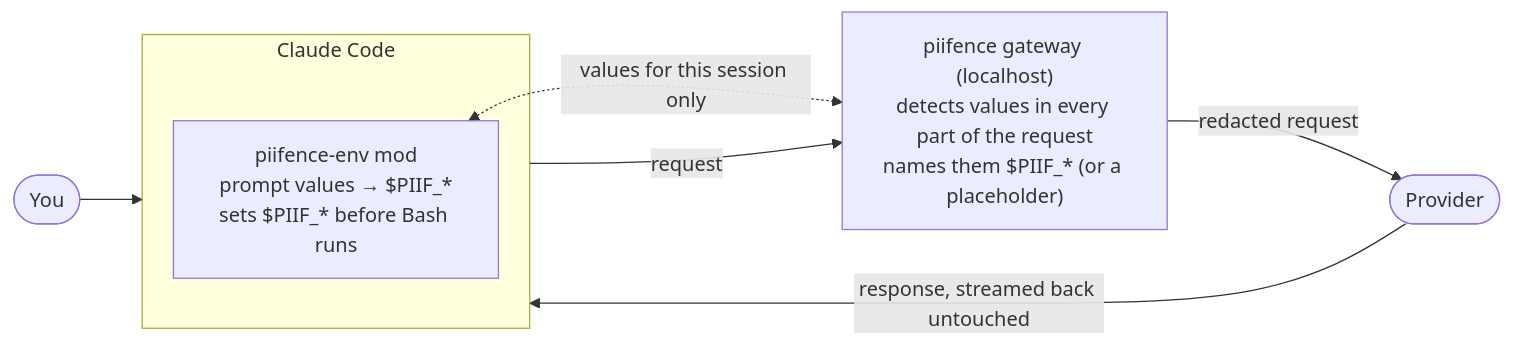
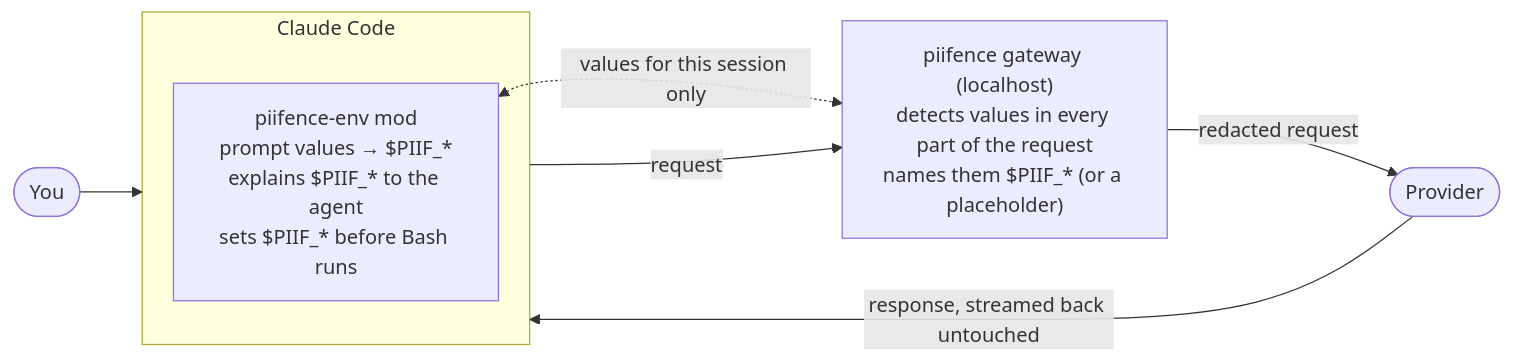
The first of 2 diagrams in README.md (sandiiarov/piifence), drawn with Mermaid before and after one commit. The commit also changed other lines of this file and 4 other files, not shown here.

First line of the commit message:
Explain $PIIF names to the agent on the first prompt

````diff
--- a/README.md
+++ b/README.md
@@ -85,11 +86,11 @@
 ```mermaid
 flowchart LR
     you([You]) --> cc
     subgraph cc [Claude Code]
-        mod["piifence-env mod<br/>prompt values → $PIIF_*<br/>sets $PIIF_* before Bash runs"]
+        mod["piifence-env mod<br/>prompt values → $PIIF_*<br/>explains $PIIF_* to the agent<br/>sets $PIIF_* before Bash runs"]
     end
     cc -- request --> gw["piifence gateway (localhost)<br/>detects values in every part of the request<br/>names them $PIIF_* (or a placeholder)"]
     gw -- redacted request --> provider([Provider])
     provider -- response, streamed back untouched --> cc
     mod <-. "values for this session only" .-> gw
 ```
````
